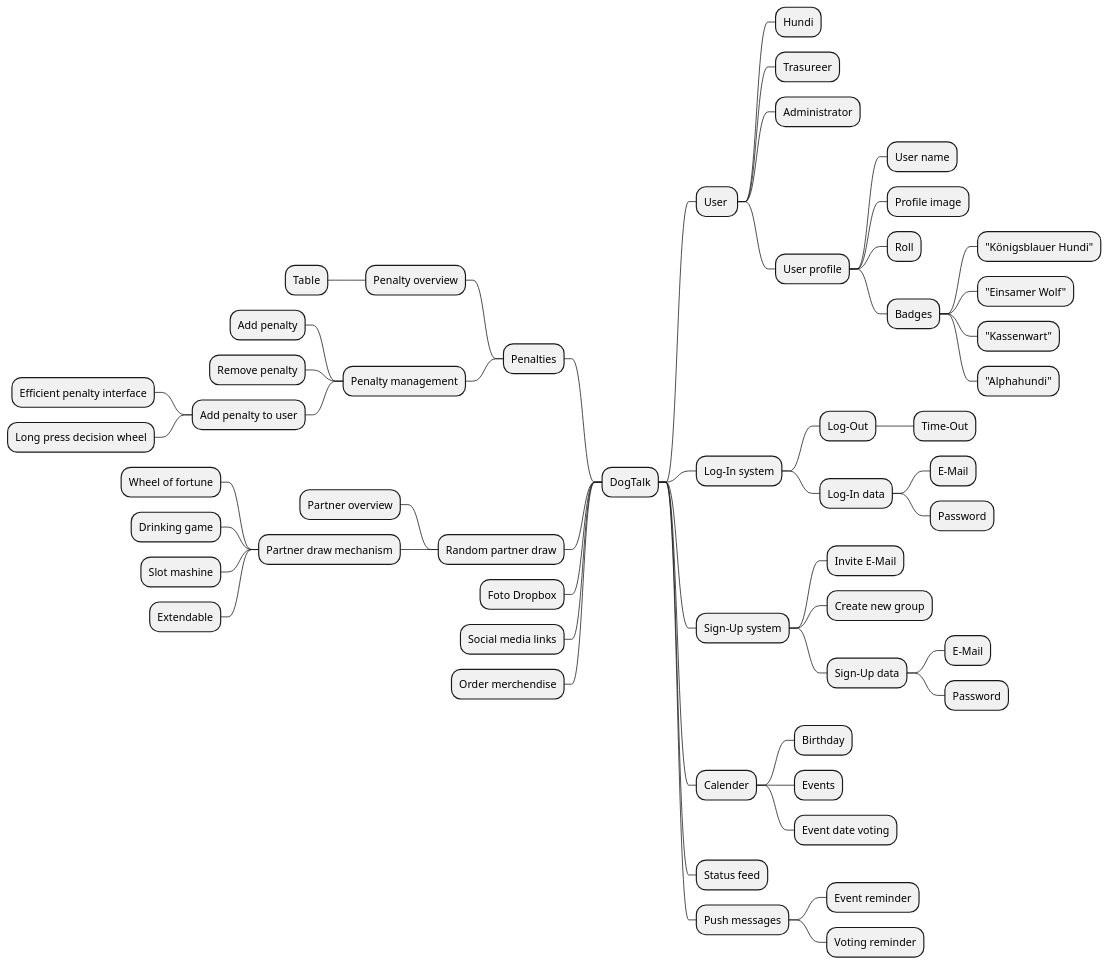
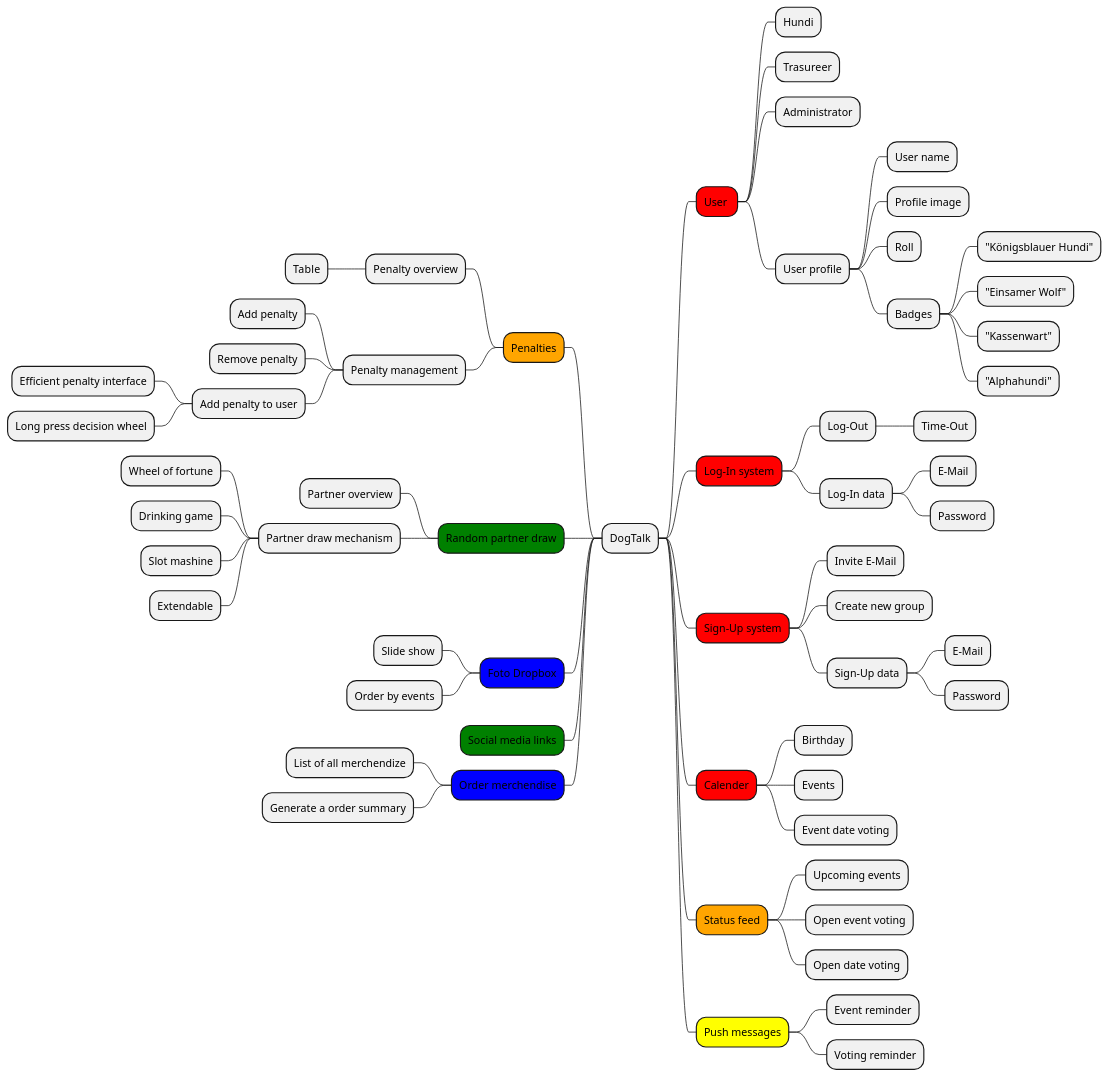
Before and after one commit to Rockokockoloris/Hundi-App-UI: the diagram in requirementAnalysis/MindMap.wsd, drawn with PlantUML.

Commit message:
docs(mindmap): finish first mindmap,
prioritize the first level

```diff
--- a/requirementAnalysis/MindMap.wsd
+++ b/requirementAnalysis/MindMap.wsd
@@ -1,67 +1,81 @@
 @startmindmap
+' Legend:
+' Red: High priority
+' Orange: medium priority
+' Yellow: low priority
+' Green: Very low priority
+' Blue: Nice to have
+
 + DogTalk
 
-++ User 
+++[#Red] User 
 +++ Hundi
 +++ Trasureer
 +++ Administrator
 +++ User profile
 ++++ User name
 ++++ Profile image
 ++++ Roll
 ++++ Badges
 +++++ "Königsblauer Hundi"
 +++++ "Einsamer Wolf"
 +++++ "Kassenwart"
 +++++ "Alphahundi"
 
-++ Log-In system
+++[#Red] Log-In system
 +++ Log-Out
 ++++ Time-Out
 +++ Log-In data
 ++++ E-Mail
 ++++ Password
 
-++ Sign-Up system
+++[#Red] Sign-Up system
 +++ Invite E-Mail
 +++ Create new group
 +++ Sign-Up data
 ++++ E-Mail
 ++++ Password
 
-++ Calender
+++[#Red] Calender
 +++ Birthday
 +++ Events
 +++ Event date voting
 
-++ Status feed
+++[#Orange] Status feed
++++ Upcoming events
++++ Open event voting
++++ Open date voting
 
-++ Push messages
+++[#Yellow] Push messages
 +++ Event reminder
 +++ Voting reminder
 
--- Penalties
+--[#Orange] Penalties
 --- Penalty overview
 ---- Table
 --- Penalty management
 ---- Add penalty
 ---- Remove penalty
 ---- Add penalty to user
 ----- Efficient penalty interface
 ----- Long press decision wheel
 
--- Random partner draw
+--[#Green] Random partner draw
 --- Partner overview
 --- Partner draw mechanism
 ---- Wheel of fortune
 ---- Drinking game
 ---- Slot mashine
 ---- Extendable
 
--- Foto Dropbox
+--[#Blue] Foto Dropbox
+--- Slide show
+--- Order by events
 
--- Social media links
+--[#Green] Social media links
 
--- Order merchendise
+--[#Blue] Order merchendise
+--- List of all merchendize
+--- Generate a order summary
 
 @endmindmap
```
